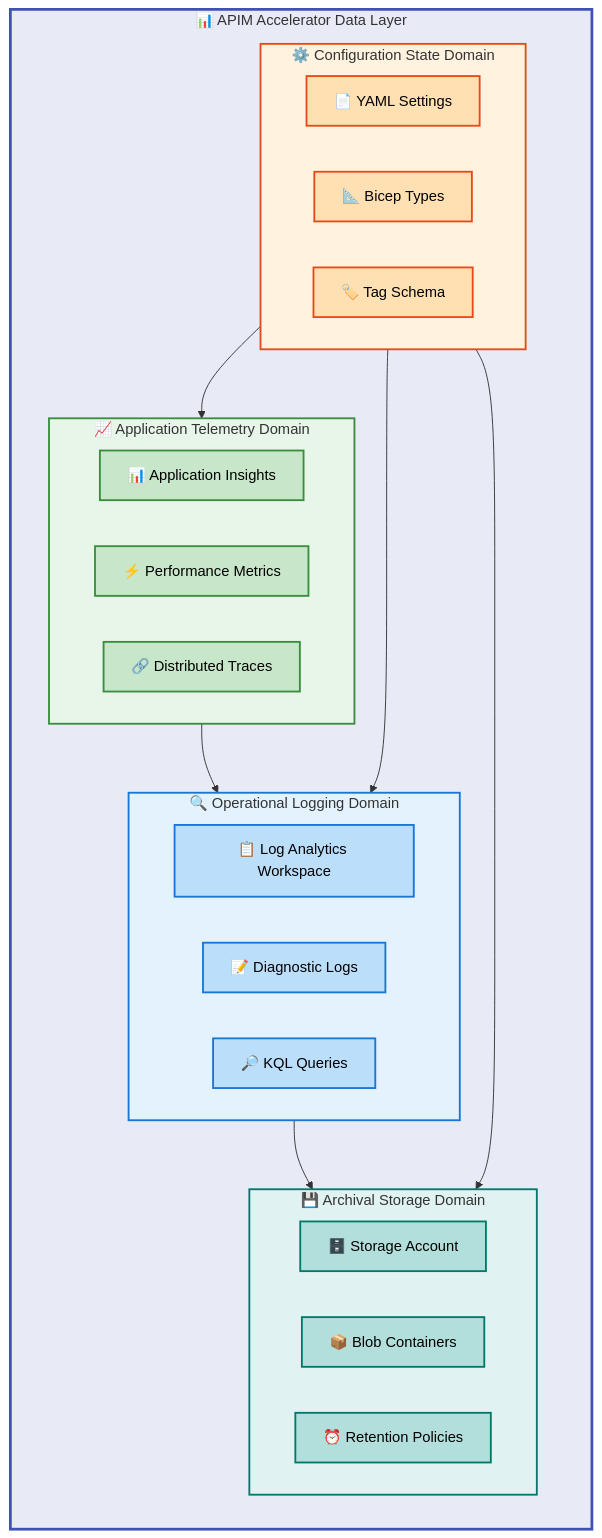
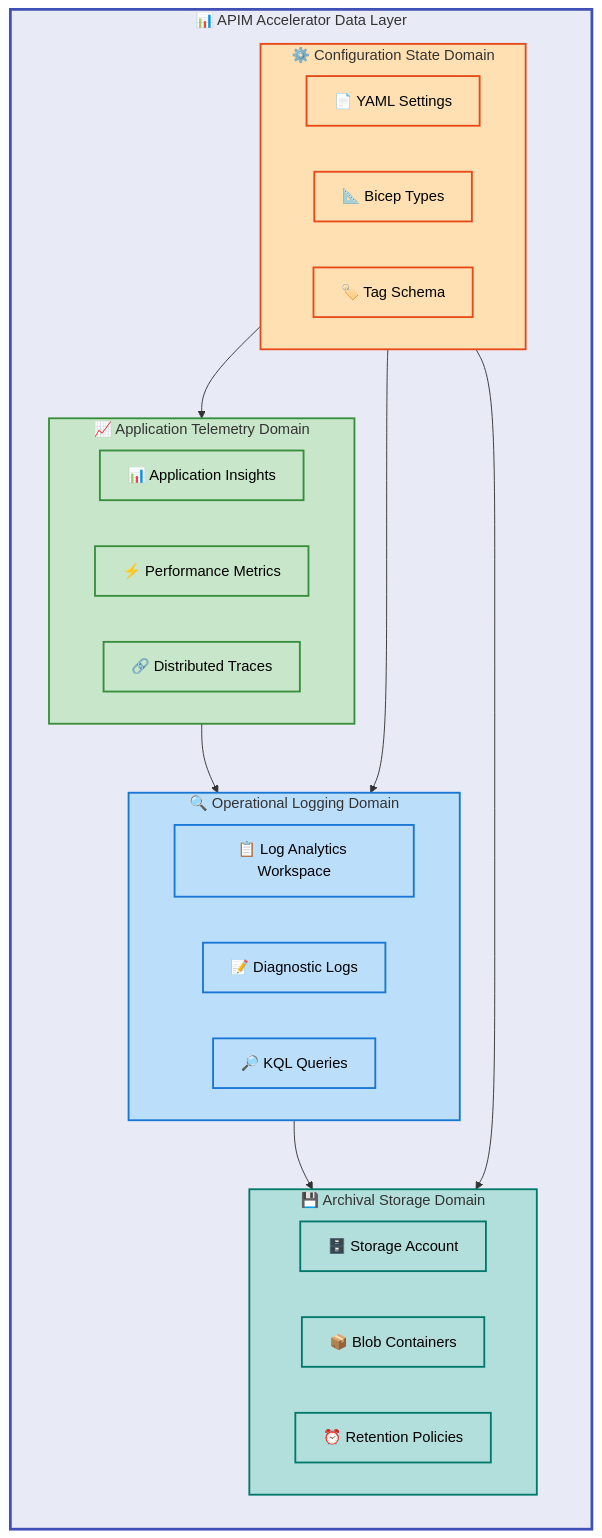
One commit to Evilazaro/APIM-Accelerator changed the first of 3 diagrams in docs/architecture/data-layer-architecture.md. Above: the diagram before and after it, drawn with Mermaid. The commit also changed other lines of this file, not shown here.

Commit message:
Update color styles in data layer architecture diagrams for improved clarity

````diff
--- a/docs/architecture/data-layer-architecture.md
+++ b/docs/architecture/data-layer-architecture.md
@@ -44,64 +44,64 @@
 ```mermaid
 flowchart TB
     accTitle: APIM Accelerator Data Domain Map
     accDescr: Shows the three primary data domains and their relationships in the APIM Accelerator Data Layer
 
     classDef level1Group fill:#E8EAF6,stroke:#3F51B5,stroke-width:3px,color:#000
     classDef level2Group fill:#C5CAE9,stroke:#3F51B5,stroke-width:2px,color:#000
     classDef level3Group fill:#9FA8DA,stroke:#3F51B5,stroke-width:2px,color:#000
     classDef level4Group fill:#5C6BC0,stroke:#3F51B5,stroke-width:1px,color:#fff
     classDef mainGroup fill:#E8EAF6,stroke:#3F51B5,stroke-width:3px,color:#000
     classDef subGroup fill:#C5CAE9,stroke:#3F51B5,stroke-width:2px,color:#000
     classDef mdBlue fill:#BBDEFB,stroke:#1976D2,stroke-width:2px,color:#000
     classDef mdGreen fill:#C8E6C9,stroke:#388E3C,stroke-width:2px,color:#000
     classDef mdRed fill:#FFCDD2,stroke:#D32F2F,stroke-width:2px,color:#000
     classDef mdYellow fill:#FFF9C4,stroke:#F57F17,stroke-width:2px,color:#000
     classDef mdOrange fill:#FFE0B2,stroke:#E64A19,stroke-width:2px,color:#000
     classDef mdPurple fill:#E1BEE7,stroke:#7B1FA2,stroke-width:2px,color:#000
     classDef mdTeal fill:#B2DFDB,stroke:#00796B,stroke-width:2px,color:#000
     classDef mdGrey fill:#F5F5F5,stroke:#616161,stroke-width:2px,color:#000
 
     subgraph dataLayer["📊 APIM Accelerator Data Layer"]
         direction TB
 
         subgraph operationalDomain["🔍 Operational Logging Domain"]
             direction LR
             logAnalytics["📋 Log Analytics Workspace"]:::mdBlue
             diagnosticLogs["📝 Diagnostic Logs"]:::mdBlue
             kusto["🔎 KQL Queries"]:::mdBlue
         end
 
         subgraph telemetryDomain["📈 Application Telemetry Domain"]
             direction LR
             appInsights["📊 Application Insights"]:::mdGreen
             perfMetrics["⚡ Performance Metrics"]:::mdGreen
             traces["🔗 Distributed Traces"]:::mdGreen
         end
 
         subgraph storageDomain["💾 Archival Storage Domain"]
             direction LR
             storageAccount["🗄️ Storage Account"]:::mdTeal
             blobStorage["📦 Blob Containers"]:::mdTeal
             retention["⏰ Retention Policies"]:::mdTeal
         end
 
         subgraph configDomain["⚙️ Configuration State Domain"]
             direction LR
             yamlConfig["📄 YAML Settings"]:::mdOrange
             bicepTypes["📐 Bicep Types"]:::mdOrange
             tagSchema["🏷️ Tag Schema"]:::mdOrange
         end
     end
 
     operationalDomain --> storageDomain
     telemetryDomain --> operationalDomain
     configDomain --> operationalDomain
     configDomain --> telemetryDomain
     configDomain --> storageDomain
 
     style dataLayer fill:#E8EAF6,stroke:#3F51B5,stroke-width:3px
-    style operationalDomain fill:#E3F2FD,stroke:#1976D2,stroke-width:2px
-    style telemetryDomain fill:#E8F5E9,stroke:#388E3C,stroke-width:2px
-    style storageDomain fill:#E0F2F1,stroke:#00796B,stroke-width:2px
-    style configDomain fill:#FFF3E0,stroke:#E64A19,stroke-width:2px
+    style operationalDomain fill:#BBDEFB,stroke:#1976D2,stroke-width:2px
+    style telemetryDomain fill:#C8E6C9,stroke:#388E3C,stroke-width:2px
+    style storageDomain fill:#B2DFDB,stroke:#00796B,stroke-width:2px
+    style configDomain fill:#FFE0B2,stroke:#E64A19,stroke-width:2px
 ```
````
